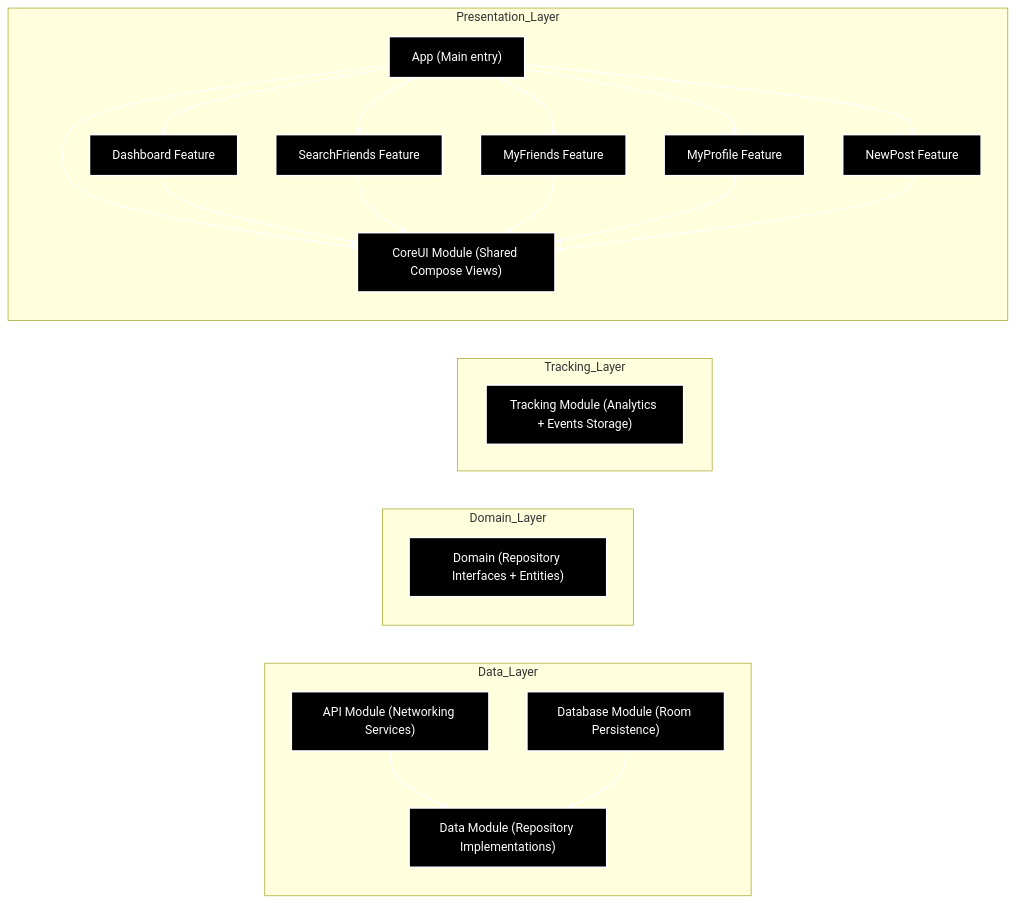
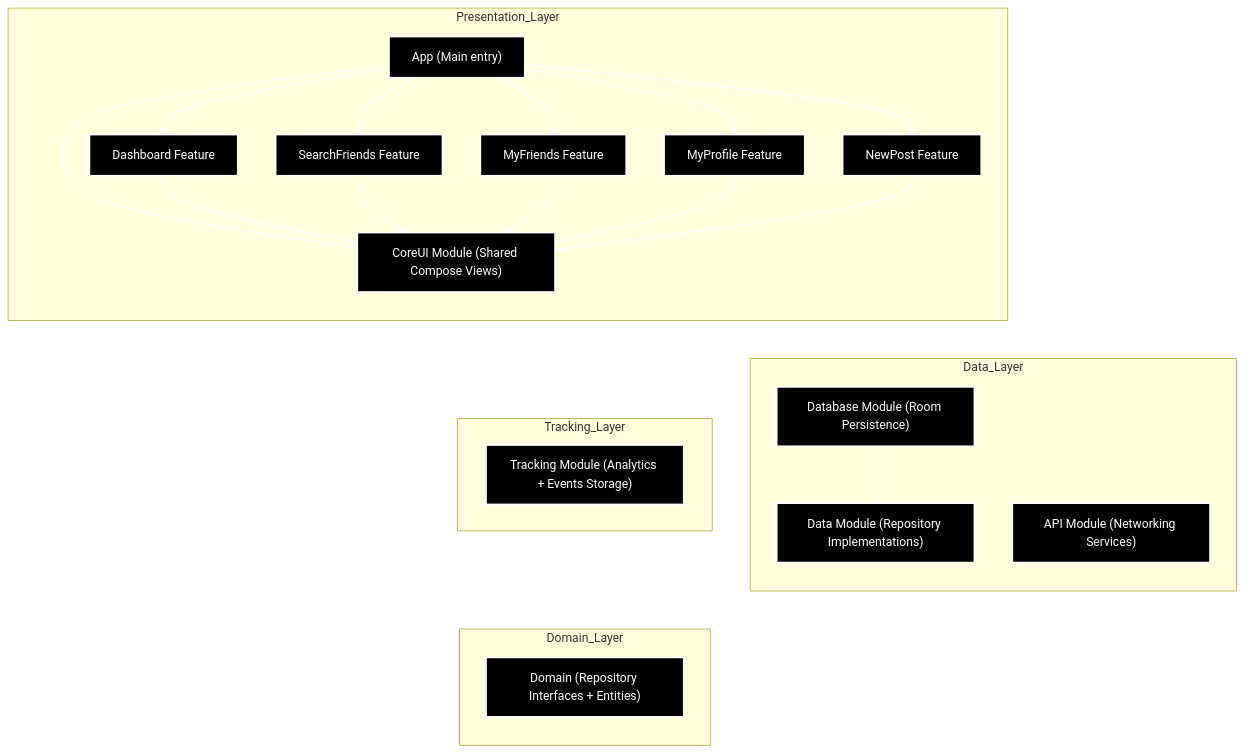
One commit to Fabryo/PokeManiac changed the first of 2 diagrams in README.md. Above: the diagram before and after it, drawn with Mermaid.

````diff
--- a/README.md
+++ b/README.md
@@ -24,62 +24,59 @@
 ```mermaid
 flowchart TD
 
     %% Global style for dark mode
     classDef darkMode fill:#000000,stroke:#FFFFFF,stroke-width:2px,color:#FFFFFF;
     
     subgraph Presentation_Layer
         direction TB
         App["App (Main entry)"]
         Dashboard["Dashboard Feature"]
         SearchFriends["SearchFriends Feature"]
         MyFriends["MyFriends Feature"]
         MyProfile["MyProfile Feature"]
         NewPost["NewPost Feature"]
         CoreUI["CoreUI Module (Shared Compose Views)"]
     end
 
     subgraph Domain_Layer
         direction TB
         Domain["Domain (Repository Interfaces + Entities)"]
     end
 
     subgraph Data_Layer
         direction TB
         Data["Data Module (Repository Implementations)"]
         Api["API Module (Networking Services)"]
         Database["Database Module (Room Persistence)"]
     end
 
     subgraph Tracking_Layer
         Tracking["Tracking Module (Analytics + Events Storage)"]
     end
 
     %% -- Flows inside Presentation Layer
     App --> Dashboard
     App --> SearchFriends
     App --> MyFriends
     App --> MyProfile
     App --> NewPost
 
     App --> CoreUI
     Dashboard --> CoreUI
     SearchFriends --> CoreUI
     MyFriends --> CoreUI
     MyProfile --> CoreUI
     NewPost --> CoreUI
 
     %% -- External Flows
     Presentation_Layer --> Domain_Layer
     Presentation_Layer --> Tracking_Layer
     Tracking_Layer --> Domain_Layer
 
-    Domain_Layer --> Data_Layer
-    Api --> Data
-    Api --> Domain_Layer
+    Data_Layer --> Domain_Layer
     Database --> Data
-    Database --> Domain_Layer
 
     %% Apply dark mode style
     linkStyle default stroke:#FFFFFF,stroke-width:1.5px
     class App,Dashboard,SearchFriends,MyFriends,MyProfile,NewPost,CoreUI,Domain,Data,Api,Database,Tracking darkMode
 ```
````
